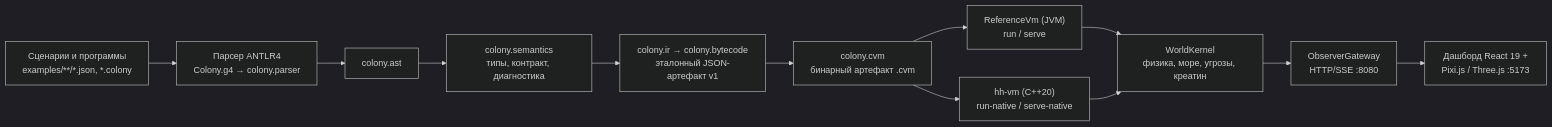
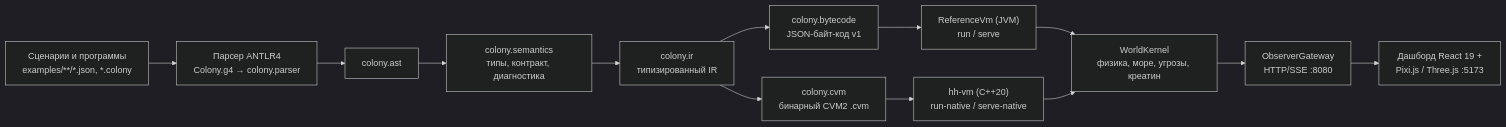
One commit to FeToR1/hadleys-hope-simulator changed the second of 4 diagrams in docs/architecture.md. Above: the diagram before and after it, drawn with Mermaid (dark theme). The commit also changed other lines of this file and 75 other files, not shown here.

````diff
--- a/docs/architecture.md
+++ b/docs/architecture.md
@@ -67,14 +67,15 @@
 ```mermaid
 flowchart LR
     SRC["Сценарии и программы<br/>examples/**/*.json, *.colony"] --> P["Парсер ANTLR4<br/>Colony.g4 → colony.parser"]
     P --> AST["colony.ast"]
     AST --> SEM["colony.semantics<br/>типы, контракт, диагностика"]
-    SEM --> IR["colony.ir → colony.bytecode<br/>эталонный JSON-артефакт v1"]
-    IR --> C["colony.cvm<br/>бинарный артефакт .cvm"]
-    C --> REF["ReferenceVm (JVM)<br/>run / serve"]
+    SEM --> IR["colony.ir<br/>типизированный IR"]
+    IR --> B["colony.bytecode<br/>JSON-байт-код v1"]
+    IR --> C["colony.cvm<br/>бинарный CVM2 .cvm"]
+    B --> REF["ReferenceVm (JVM)<br/>run / serve"]
     C --> HH["hh-vm (C++20)<br/>run-native / serve-native"]
     REF --> WK["WorldKernel<br/>физика, море, угрозы, креатин"]
     HH --> WK
     WK --> GW["ObserverGateway<br/>HTTP/SSE :8080"]
     GW --> UI["Дашборд React 19 +<br/>Pixi.js / Three.js :5173"]
 ```
````
